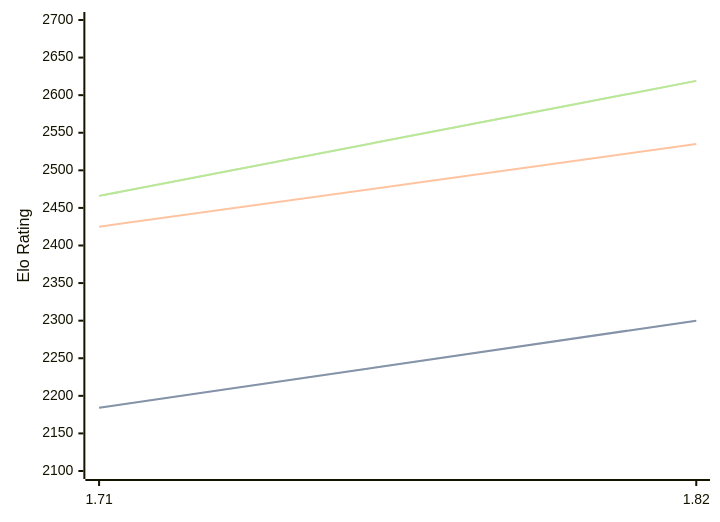
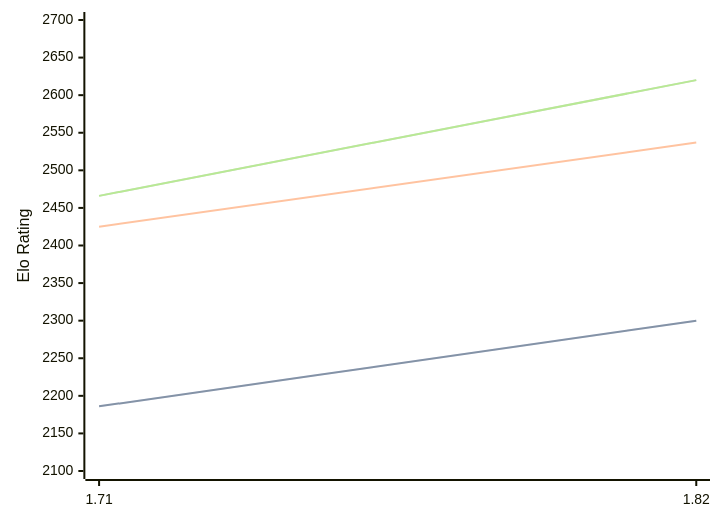
One commit to computer-chess-index/cci changed the diagram in engines/Amira.md. Above: the diagram before and after it, drawn with Mermaid. The commit also changed other lines of this file, not shown here.

Commit message:
Update CCI Ratings (ELO VLTC) - 2026-08-25

````diff
--- a/engines/Amira.md
+++ b/engines/Amira.md
@@ -32,11 +32,11 @@
 ```mermaid
 %%{init: {"theme":"base","themeVariables":{"seriesColors:['#a3a3a3','#222221','#faa371']}}}%%
 xychart-beta
   x-axis ["1.71", "1.82"]
   y-axis "Elo Rating" 2100 --> 2700
-  line "STC (8.0+0.08s)" [2184, 2300]
-  line "STC (8.0+0.08s)" [2184, 2300]
-  line "LTC (60.0+0.60s)" [2425, 2535]
-  line "VLTC (2m24s+1.12s)" [2466, 2619]
-  line "VLTC (2m24s+1.12s)" [2466, 2619]
+  line "STC (8.0+0.08s)" [2186, 2300]
+  line "STC (8.0+0.08s)" [2186, 2300]
+  line "LTC (60.0+0.60s)" [2425, 2537]
+  line "VLTC (2m24s+1.12s)" [2466, 2620]
+  line "VLTC (2m24s+1.12s)" [2466, 2620]
 ```
````
